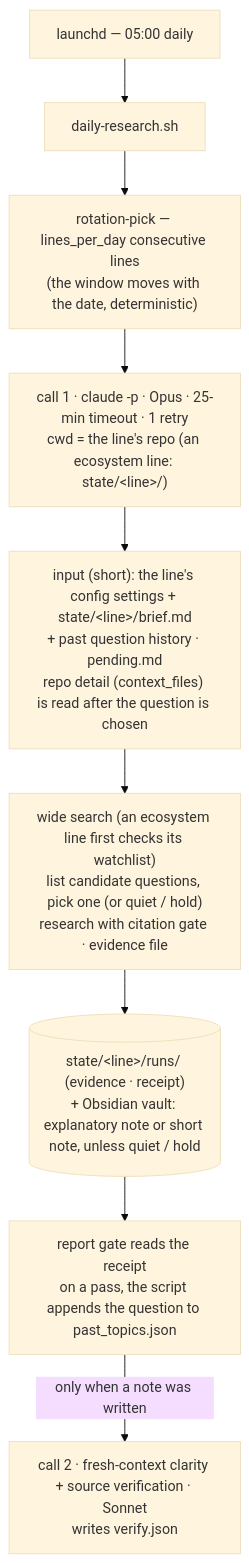
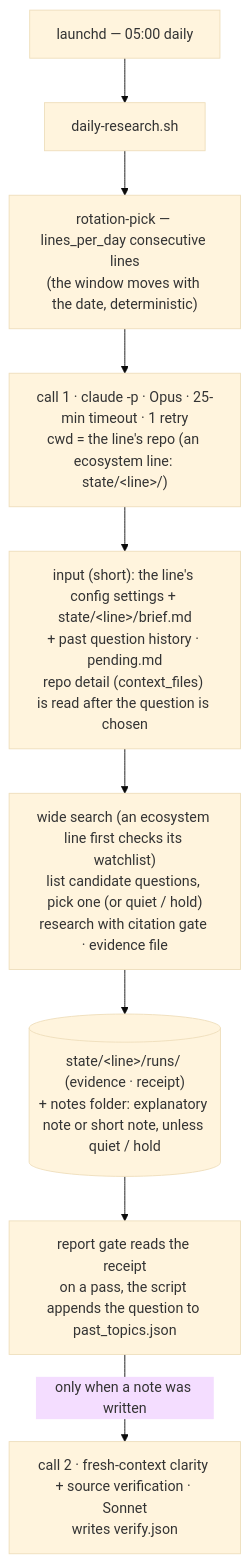
One commit to shimo4228/daily-research changed the diagram in README.md. Above: the diagram before and after it, drawn with Mermaid (base theme). The commit also changed other lines of this file and 8 other files, not shown here.

First line of the commit message:
feat(notes): ノートの置き場が git なら run の最後にその日の分を commit して push する

````diff
--- a/README.md
+++ b/README.md
@@ -19,11 +19,11 @@
 ```mermaid
 flowchart TD
     cron["launchd — 05:00 daily"] --> orch["daily-research.sh"]
     orch --> pick["rotation-pick — lines_per_day consecutive lines<br/>(the window moves with the date, deterministic)"]
     pick --> loop["call 1 · claude -p · Opus · 25-min timeout · 1 retry<br/>cwd = the line's repo (an ecosystem line: state/&lt;line&gt;/)"]
     loop --> ctx["input (short): the line's config settings + state/&lt;line&gt;/brief.md<br/>+ past question history · pending.md<br/>repo detail (context_files) is read after the question is chosen"]
     ctx --> run["wide search (an ecosystem line first checks its watchlist)<br/>list candidate questions, pick one (or quiet / hold)<br/>research with citation gate · evidence file"]
-    run --> out[("state/&lt;line&gt;/runs/ (evidence · receipt)<br/>+ Obsidian vault: explanatory note or short note, unless quiet / hold")]
+    run --> out[("state/&lt;line&gt;/runs/ (evidence · receipt)<br/>+ notes folder: explanatory note or short note, unless quiet / hold")]
     out --> gate["report gate reads the receipt<br/>on a pass, the script appends the question to past_topics.json"]
     gate -->|only when a note was written| clarity["call 2 · fresh-context clarity + source verification · Sonnet<br/>writes verify.json"]
 ```
````
